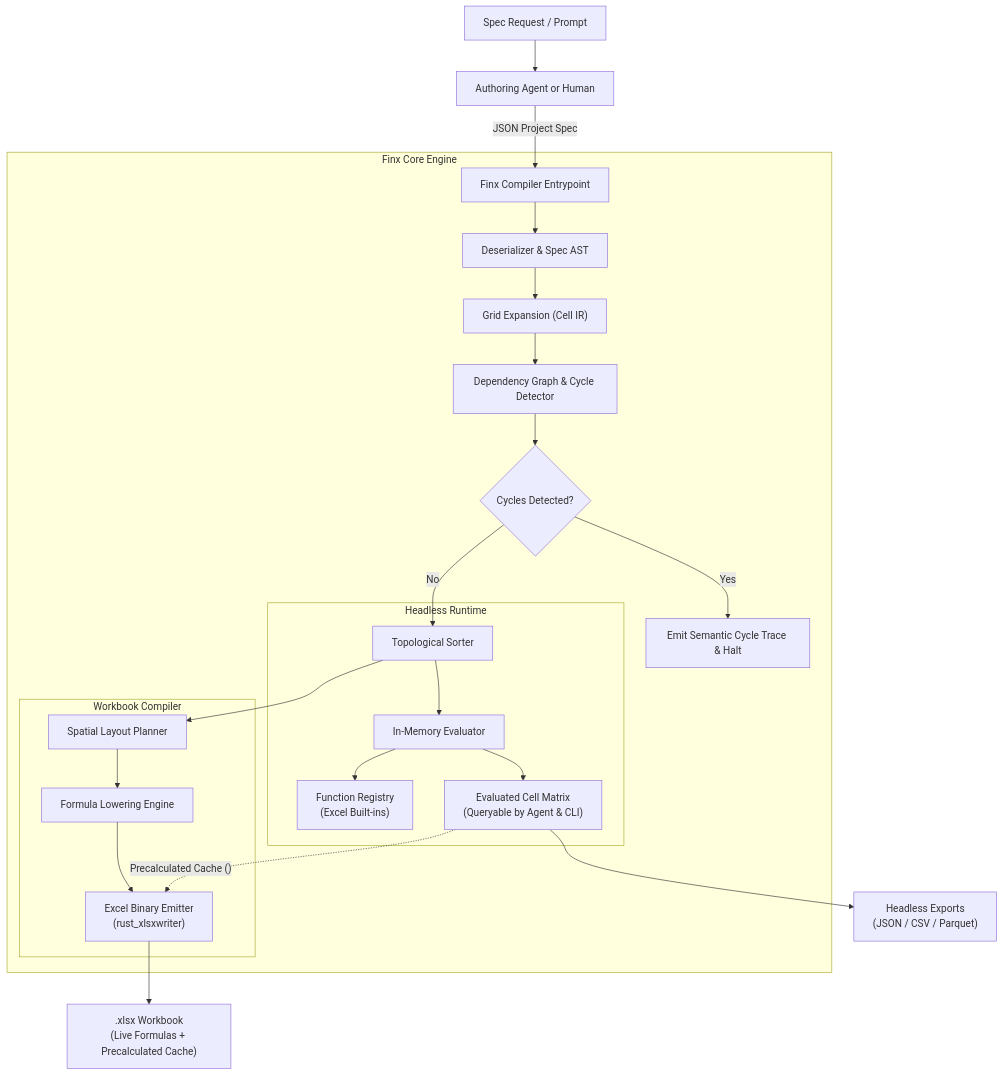
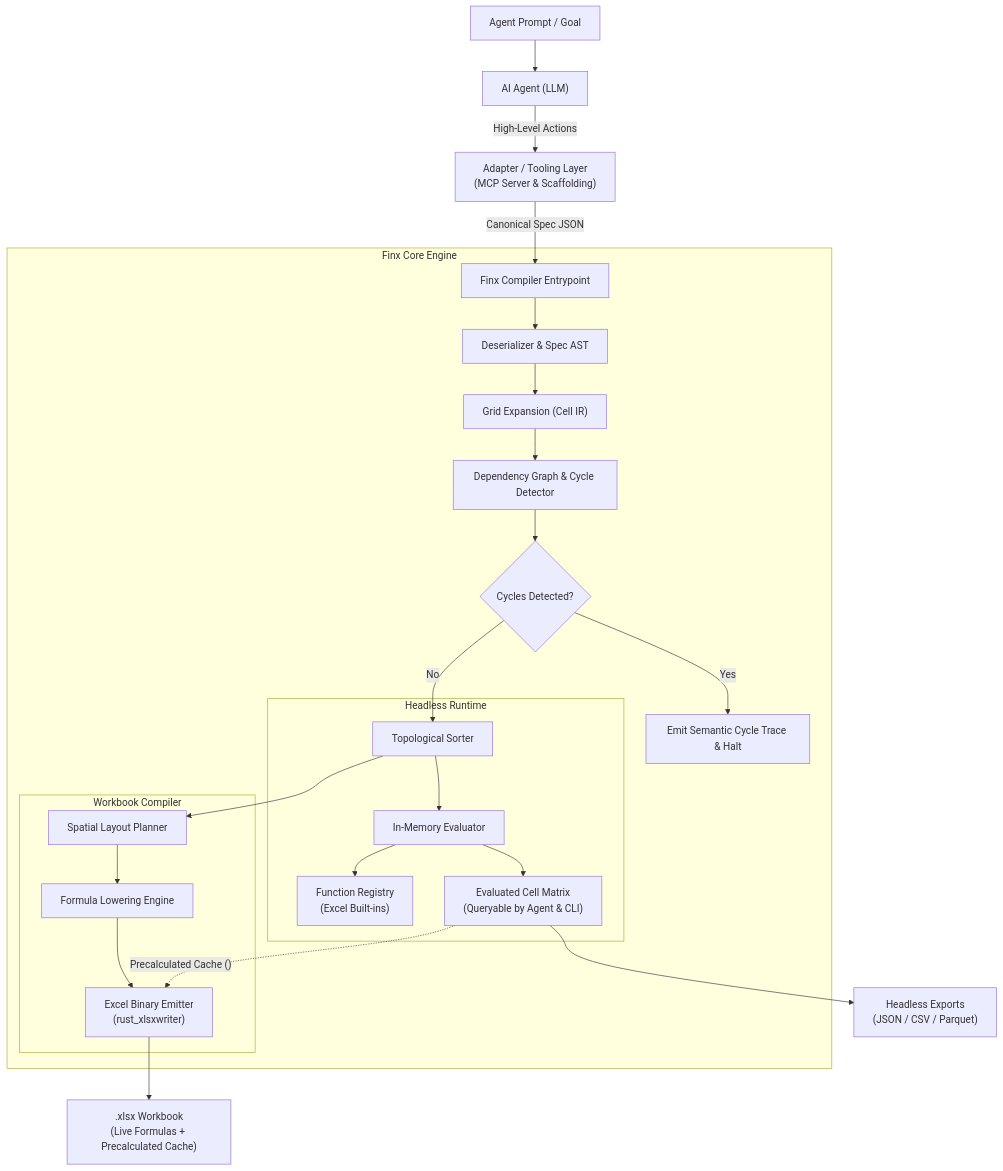
The first of 2 diagrams in docs/architecture.md (mhcfa/f8), drawn with Mermaid before and after one commit. The commit also changed other lines of this file and 4 other files, not shown here.

````diff
--- a/docs/architecture.md
+++ b/docs/architecture.md
@@ -17,31 +19,32 @@
 ```mermaid
 flowchart TD
-    A["Spec Request / Prompt"] --> B["Authoring Agent or Human"]
-    B -->|"JSON Project Spec"| C["Finx Compiler Entrypoint"]
+    A["Agent Prompt / Goal"] --> B["AI Agent (LLM)"]
+    B -->|"High-Level Actions"| T["Adapter / Tooling Layer\n(MCP Server & Scaffolding)"]
+    T -->|"Canonical Spec JSON"| C["Finx Compiler Entrypoint"]
 
     subgraph Compiler ["Finx Core Engine"]
         C --> D["Deserializer & Spec AST"]
         D --> E["Grid Expansion (Cell IR)"]
         E --> F["Dependency Graph & Cycle Detector"]
         F --> G{"Cycles Detected?"}
         G -->|"Yes"| H["Emit Semantic Cycle Trace & Halt"]
         G -->|"No"| I["Topological Sorter"]
 
         subgraph In-Memory Evaluation ["Headless Runtime"]
             I --> J1["In-Memory Evaluator"]
             J1 --> K1["Function Registry\n(Excel Built-ins)"]
             J1 --> L1["Evaluated Cell Matrix\n(Queryable by Agent & CLI)"]
         end
 
         subgraph Excel Emission ["Workbook Compiler"]
             I --> J2["Spatial Layout Planner"]
             J2 --> K2["Formula Lowering Engine"]
             K2 --> L2["Excel Binary Emitter\n(rust_xlsxwriter)"]
         end
 
         L1 -.->|"Precalculated Cache (<v>)"| L2
     end
 
     L1 --> N["Headless Exports\n(JSON / CSV / Parquet)"]
     L2 --> M[".xlsx Workbook\n(Live Formulas + Precalculated Cache)"]
 ```
````
